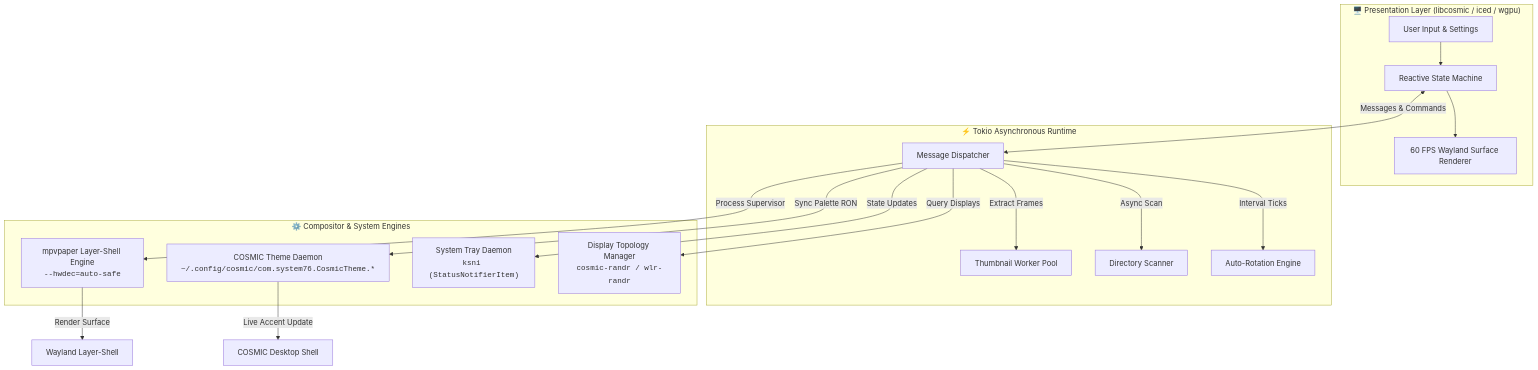
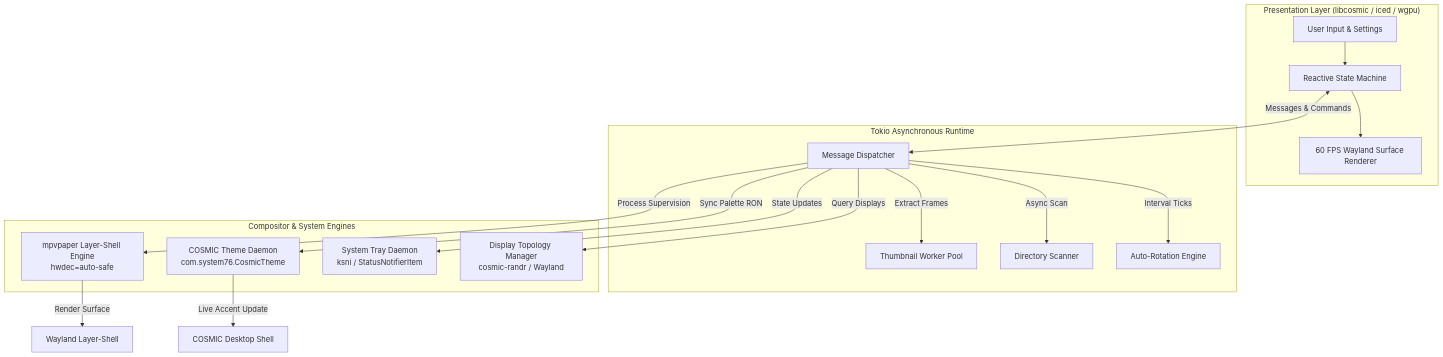
One commit to antwny/aura changed the diagram in README.md. Above: the diagram before and after it, drawn with Mermaid. The commit also changed other lines of this file and 1 other file, not shown here.

Commit message:
docs: modernize README without emojis, update architecture and installation guide with tar.gz package

````diff
--- a/README.md
+++ b/README.md
@@ -124,32 +94,32 @@
 ```mermaid
 flowchart TB
-    subgraph UI ["🖥️ Presentation Layer (libcosmic / iced / wgpu)"]
+    subgraph UI ["Presentation Layer (libcosmic / iced / wgpu)"]
         A[User Input & Settings] --> B[Reactive State Machine]
         B --> C[60 FPS Wayland Surface Renderer]
     end
 
-    subgraph Runtime ["⚡ Tokio Asynchronous Runtime"]
+    subgraph Runtime ["Tokio Asynchronous Runtime"]
         D[Message Dispatcher]
         E[Thumbnail Worker Pool]
         F[Directory Scanner]
         G[Auto-Rotation Engine]
     end
 
-    subgraph Core ["⚙️ Compositor & System Engines"]
-        H["mpvpaper Layer-Shell Engine<br/><code>--hwdec=auto-safe</code>"]
-        I["COSMIC Theme Daemon<br/><code>~/.config/cosmic/com.system76.CosmicTheme.*</code>"]
-        J["System Tray Daemon<br/><code>ksni (StatusNotifierItem)</code>"]
-        K["Display Topology Manager<br/><code>cosmic-randr / wlr-randr</code>"]
+    subgraph Core ["Compositor & System Engines"]
+        H["mpvpaper Layer-Shell Engine<br/>hwdec=auto-safe"]
+        I["COSMIC Theme Daemon<br/>com.system76.CosmicTheme"]
+        J["System Tray Daemon<br/>ksni / StatusNotifierItem"]
+        K["Display Topology Manager<br/>cosmic-randr / Wayland"]
     end
 
     B <-->|Messages & Commands| D
     D -->|Extract Frames| E
     D -->|Async Scan| F
     D -->|Interval Ticks| G
-    D -->|Process Supervisor| H
+    D -->|Process Supervision| H
     D -->|Sync Palette RON| I
     D -->|State Updates| J
     D -->|Query Displays| K
     H -->|Render Surface| L[Wayland Layer-Shell]
     I -->|Live Accent Update| M[COSMIC Desktop Shell]
 ```
````
